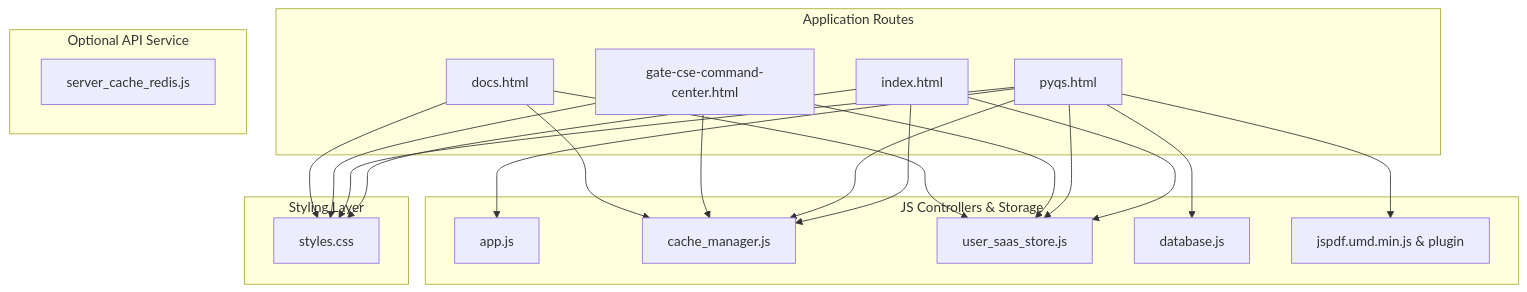
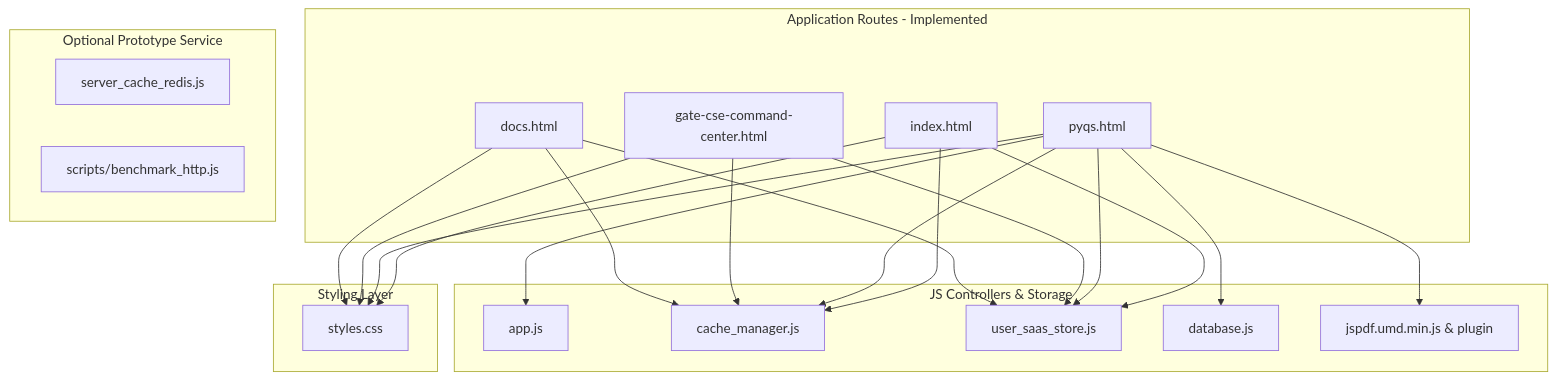
One commit to VaibhavChaudhary14/GateGuide changed the diagram in AUDIT.md. Above: the diagram before and after it, drawn with Mermaid. The commit also changed other lines of this file and 11 other files, not shown here.

Commit message:
fix(audit): resolve architecture claims, upgrade validator, add real HTTP load test & CI workflow

````diff
--- a/AUDIT.md
+++ b/AUDIT.md
@@ -53,44 +63,45 @@
 ```mermaid
 graph TD
-    subgraph HTML_Pages [Application Routes]
+    subgraph HTML_Pages [Application Routes - Implemented]
         Index[index.html]
         PYQs[pyqs.html]
         CSE[gate-cse-command-center.html]
         Docs[docs.html]
     end
 
     subgraph Design_Tokens [Styling Layer]
         CSS[styles.css]
     end
 
     subgraph Logic_Layer [JS Controllers & Storage]
         AppJS[app.js]
         CacheManager[cache_manager.js]
         SaaSStore[user_saas_store.js]
         Database[database.js]
         PDFEngine[jspdf.umd.min.js & plugin]
     end
 
-    subgraph Server_Cache [Optional API Service]
-        RedisServer[server_cache_redis.js]
+    subgraph Server_Cache [Optional Prototype Service]
+        ServerJS[server_cache_redis.js]
+        HttpBench[scripts/benchmark_http.js]
     end
 
     Index --> CSS
     Index --> CacheManager
     Index --> SaaSStore
 
     PYQs --> CSS
     PYQs --> CacheManager
     PYQs --> SaaSStore
     PYQs --> Database
     PYQs --> AppJS
     PYQs --> PDFEngine
 
     CSE --> CSS
     CSE --> CacheManager
     CSE --> SaaSStore
 
     Docs --> CSS
     Docs --> CacheManager
     Docs --> SaaSStore
 ```
````
